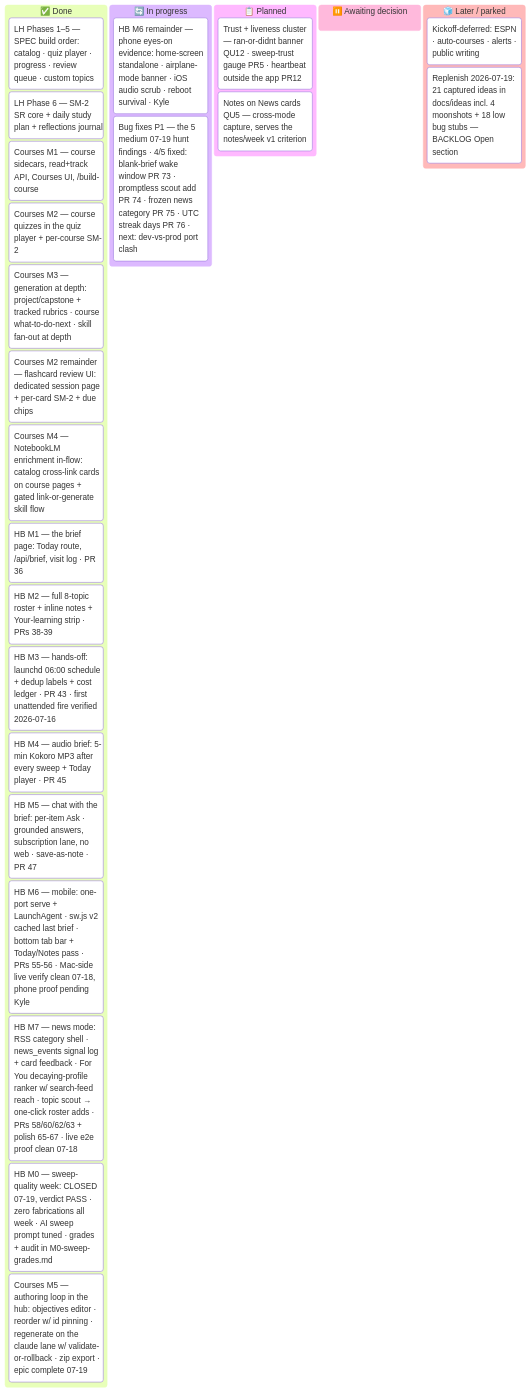
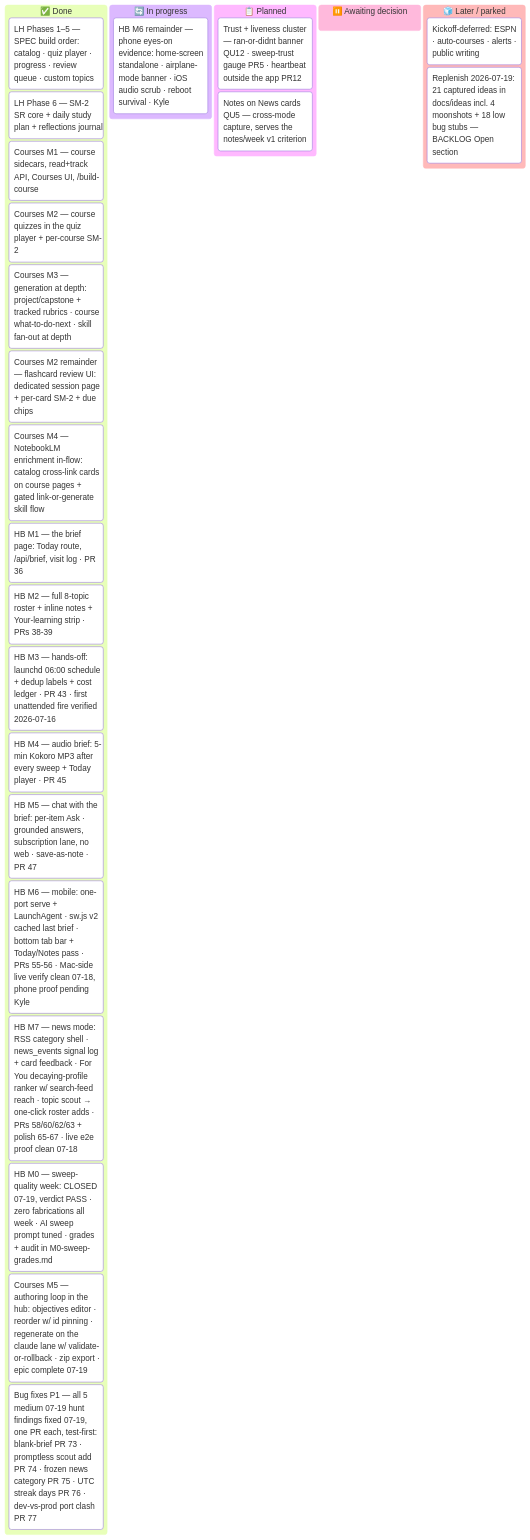
The diagram in docs/MASTER_PLAN.md (ksdisch/home-base), drawn with Mermaid before and after one commit. The commit also changed other lines of this file and 1 other file, not shown here.

Commit message:
docs: BACKLOG + MASTER_PLAN — P1 bug #5 fixed (PR #77); P1 set complete, card → Done

````diff
--- a/docs/MASTER_PLAN.md
+++ b/docs/MASTER_PLAN.md
@@ -42,30 +42,30 @@
 ```mermaid
 kanban
   done["✅ Done"]
     lh15["LH Phases 1–5 — SPEC build order: catalog · quiz player · progress · review queue · custom topics"]
     lh6["LH Phase 6 — SM-2 SR core + daily study plan + reflections journal"]
     lh7["Courses M1 — course sidecars, read+track API, Courses UI, /build-course"]
     lh7m2["Courses M2 — course quizzes in the quiz player + per-course SM-2"]
     lh7m3["Courses M3 — generation at depth: project/capstone + tracked rubrics · course what-to-do-next · skill fan-out at depth"]
     lh7fc["Courses M2 remainder — flashcard review UI: dedicated session page + per-card SM-2 + due chips"]
     lh7m4["Courses M4 — NotebookLM enrichment in-flow: catalog cross-link cards on course pages + gated link-or-generate skill flow"]
     hbm1["HB M1 — the brief page: Today route, /api/brief, visit log · PR 36"]
     hbm2["HB M2 — full 8-topic roster + inline notes + Your-learning strip · PRs 38-39"]
     hbm3["HB M3 — hands-off: launchd 06:00 schedule + dedup labels + cost ledger · PR 43 · first unattended fire verified 2026-07-16"]
     hbm4["HB M4 — audio brief: 5-min Kokoro MP3 after every sweep + Today player · PR 45"]
     hbm5["HB M5 — chat with the brief: per-item Ask · grounded answers, subscription lane, no web · save-as-note · PR 47"]
     hbm6["HB M6 — mobile: one-port serve + LaunchAgent · sw.js v2 cached last brief · bottom tab bar + Today/Notes pass · PRs 55-56 · Mac-side live verify clean 07-18, phone proof pending Kyle"]
     hbm7["HB M7 — news mode: RSS category shell · news_events signal log + card feedback · For You decaying-profile ranker w/ search-feed reach · topic scout → one-click roster adds · PRs 58/60/62/63 + polish 65-67 · live e2e proof clean 07-18"]
     hbm0["HB M0 — sweep-quality week: CLOSED 07-19, verdict PASS · zero fabrications all week · AI sweep prompt tuned · grades + audit in M0-sweep-grades.md"]
     cm5["Courses M5 — authoring loop in the hub: objectives editor · reorder w/ id pinning · regenerate on the claude lane w/ validate-or-rollback · zip export · epic complete 07-19"]
+    bugp1["Bug fixes P1 — all 5 medium 07-19 hunt findings fixed 07-19, one PR each, test-first: blank-brief PR 73 · promptless scout add PR 74 · frozen news category PR 75 · UTC streak days PR 76 · dev-vs-prod port clash PR 77"]
   doing["🔄 In progress"]
     hbm6proof["HB M6 remainder — phone eyes-on evidence: home-screen standalone · airplane-mode banner · iOS audio scrub · reboot survival · Kyle"]
-    bugp1["Bug fixes P1 — the 5 medium 07-19 hunt findings · 4/5 fixed: blank-brief wake window PR 73 · promptless scout add PR 74 · frozen news category PR 75 · UTC streak days PR 76 · next: dev-vs-prod port clash"]
   next["📋 Planned"]
     trust["Trust + liveness cluster — ran-or-didnt banner QU12 · sweep-trust gauge PR5 · heartbeat outside the app PR12"]
     qnotes["Notes on News cards QU5 — cross-mode capture, serves the notes/week v1 criterion"]
   decide["⏸️ Awaiting decision"]
   later["🧊 Later / parked"]
     defer["Kickoff-deferred: ESPN · auto-courses · alerts · public writing"]
     replen["Replenish 2026-07-19: 21 captured ideas in docs/ideas incl. 4 moonshots + 18 low bug stubs — BACKLOG Open section"]
 ```
````
